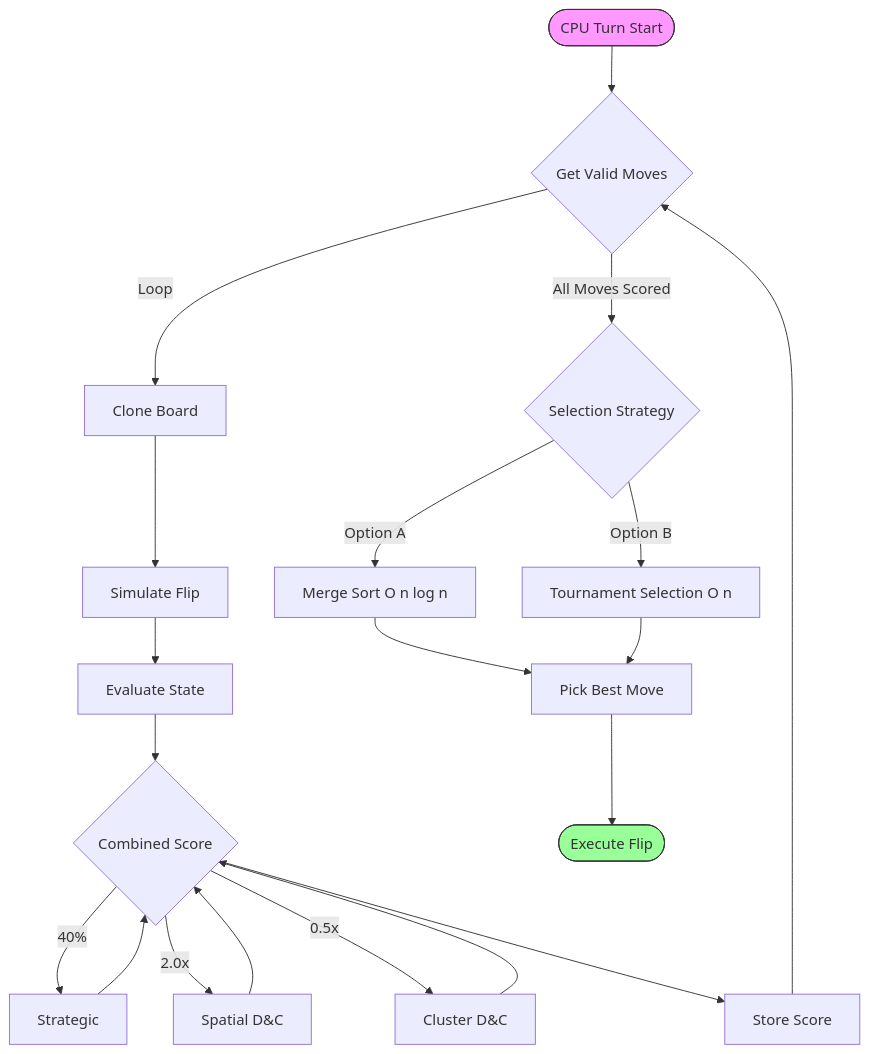
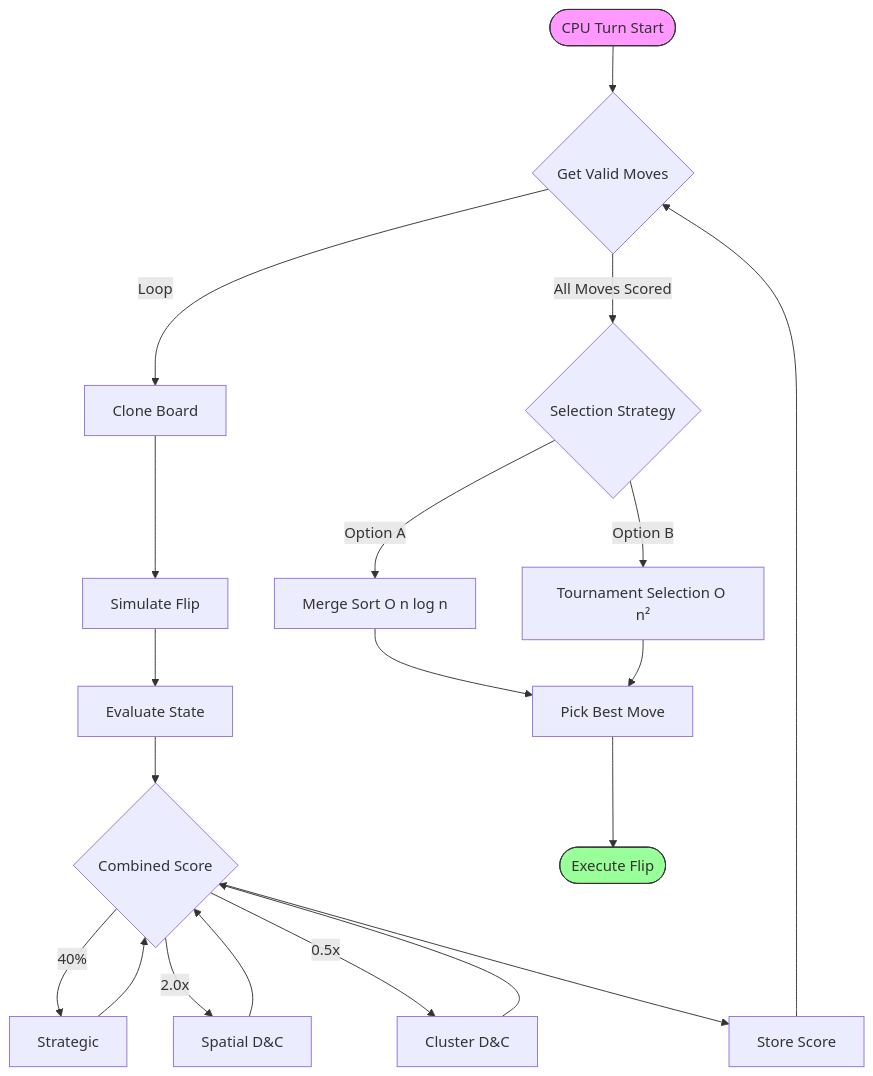
Before and after one commit to Ganesh2006646/FLIP: the second of 3 diagrams in game_analysis.md, drawn with Mermaid. The commit also changed other lines of this file, not shown here.

Commit message:
Fix game_analysis.md: architecture diagram, time complexity, and add Threat Detection code snippet

````diff
--- a/game_analysis.md
+++ b/game_analysis.md
@@ -185,22 +185,22 @@
 ```mermaid
 graph TD
     A([CPU Turn Start]) --> B{Get Valid Moves}
     B -->|Loop| C[Clone Board]
     C --> D[Simulate Flip]
     D --> E[Evaluate State]
     E --> F{Combined Score}
     F -- 40% --> G[Strategic]
     F -- 2.0x --> H[Spatial D&C]
     F -- 0.5x --> I[Cluster D&C]
     H & I & G --> F
     F --> J[Store Score]
     J --> B
     B -->|All Moves Scored| K{Selection Strategy}
     K -->|Option A| L[Merge Sort O n log n]
-    K -->|Option B| M[Tournament Selection O n]
+    K -->|Option B| M[Tournament Selection O n²]
     L --> N[Pick Best Move]
     M --> N
     N --> O([Execute Flip])
     style A fill:#f9f,stroke:#333
     style O fill:#9f9,stroke:#333
 ```
````
